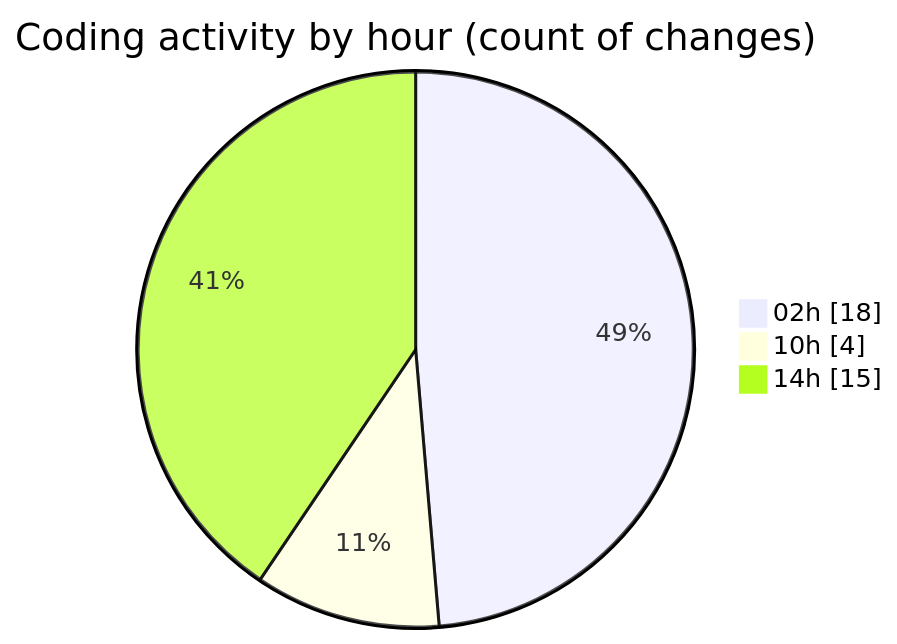
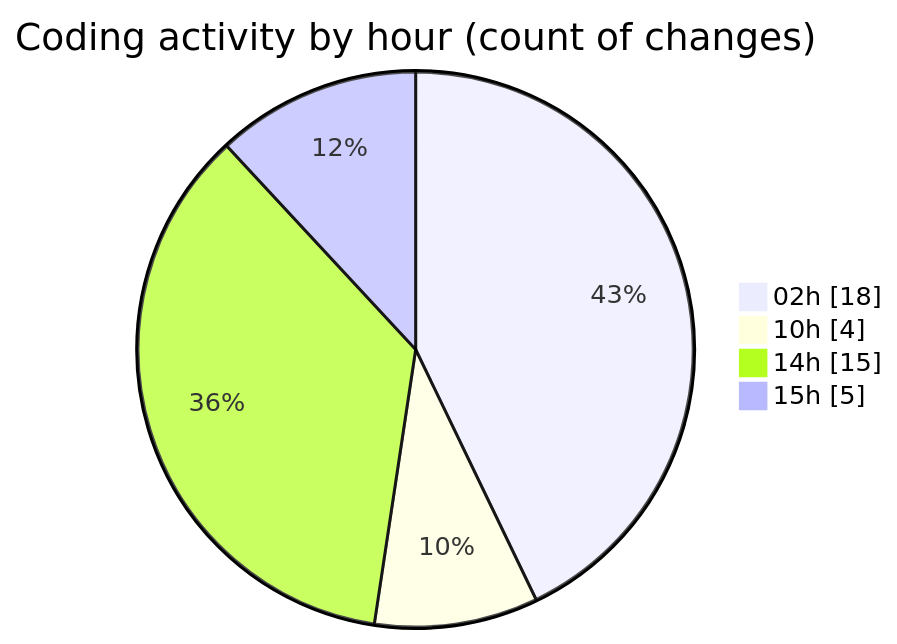
The second of 2 diagrams in 2025-10-15/eventscop-frontend-guide__workspace_/README.md (julien-gomy/code-tracking), drawn with Mermaid before and after one commit. The commit also changed other lines of this file and 1 other file, not shown here.

````diff
--- a/2025-10-15/eventscop-frontend-guide__workspace_/README.md
+++ b/2025-10-15/eventscop-frontend-guide__workspace_/README.md
@@ -40,7 +42,8 @@
 ```mermaid
 pie showData
 title Coding activity by hour (count of changes)
 "02h" : 18
 "10h" : 4
 "14h" : 15
+"15h" : 5
 ```
````
